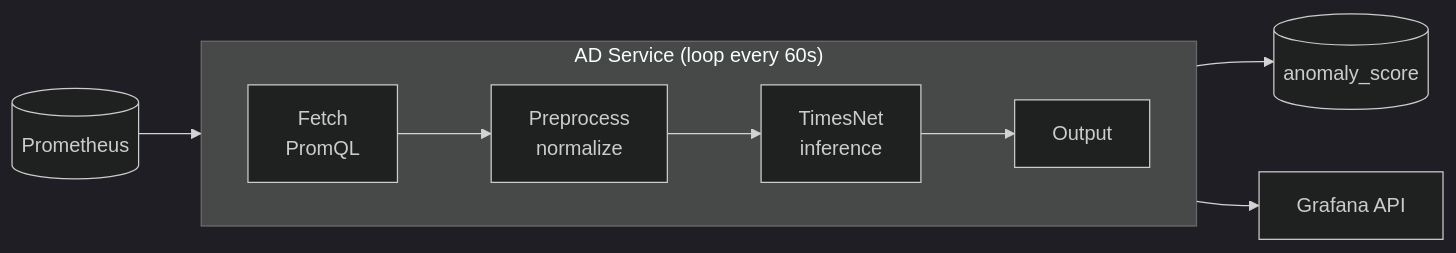
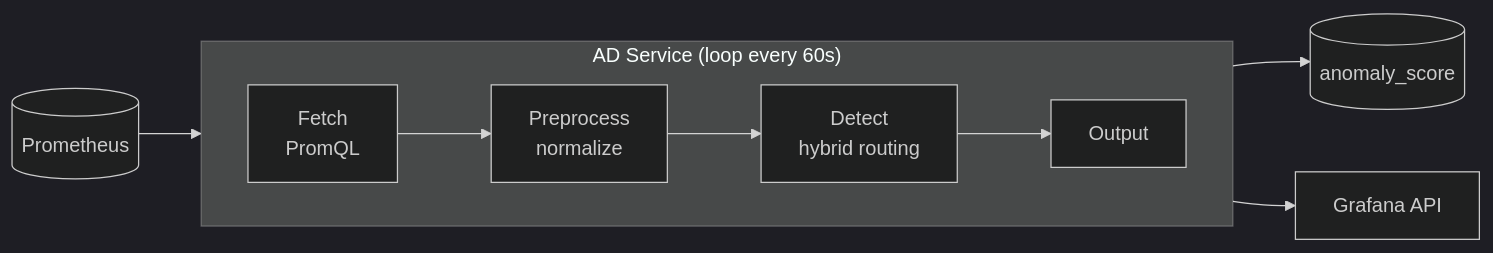
The diagram in README.md (nyo-infra-study/anomaly-detection), drawn with Mermaid (dark theme) before and after one commit. The commit also changed other lines of this file and 9 other files, not shown here.

````diff
--- a/README.md
+++ b/README.md
@@ -20,16 +20,16 @@
 ```mermaid
 flowchart LR
     subgraph AD["AD Service (loop every 60s)"]
         direction LR
         Fetch["Fetch
         PromQL"] --> Preproc["Preprocess
         normalize"]
-        Preproc --> TimesNet["TimesNet
-        inference"]
-        TimesNet --> Output["Output"]
+        Preproc --> Detect["Detect
+        hybrid routing"]
+        Detect --> Output["Output"]
     end
 
     Prom1[(Prometheus)] --> Fetch
     Output --> Prom2[(anomaly_score)]
     Output --> Grafana[Grafana API]
 ```
````
